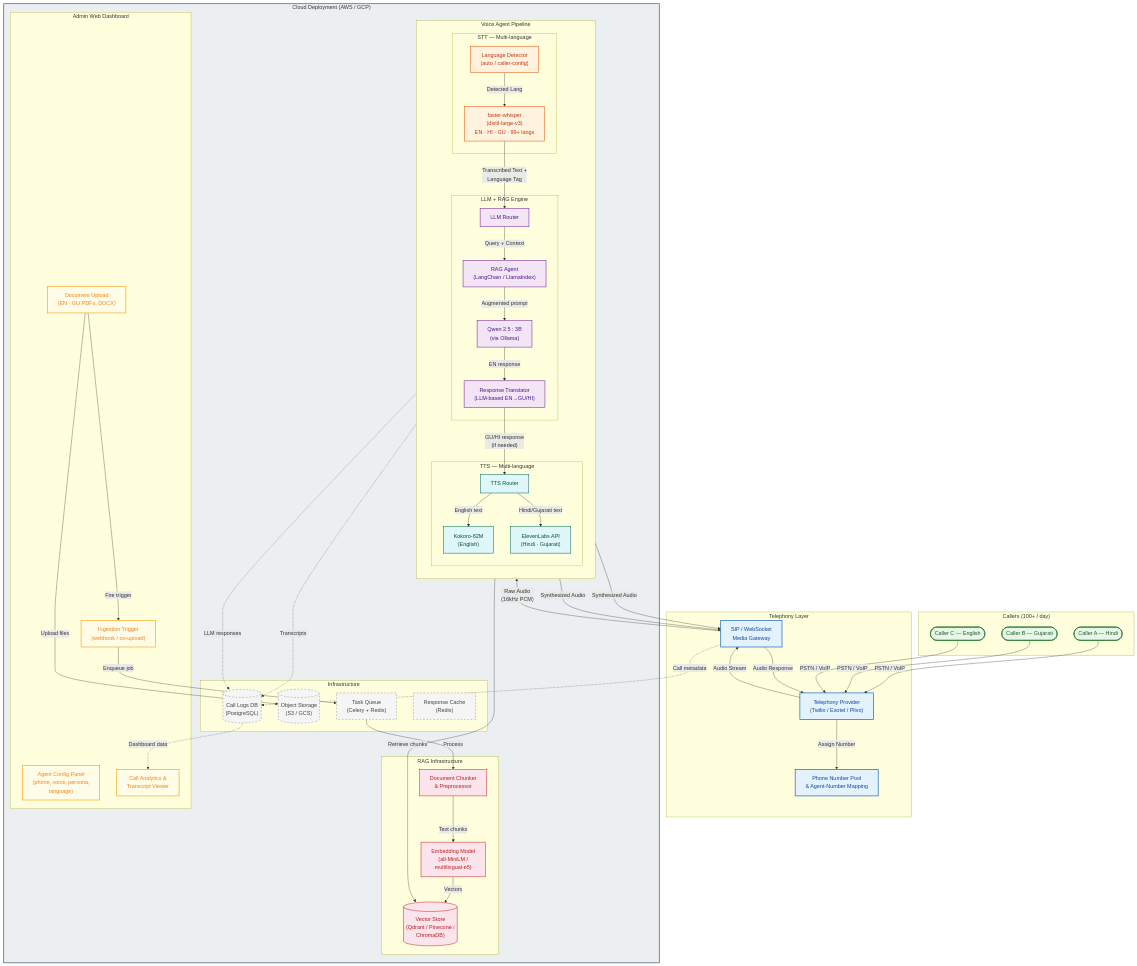
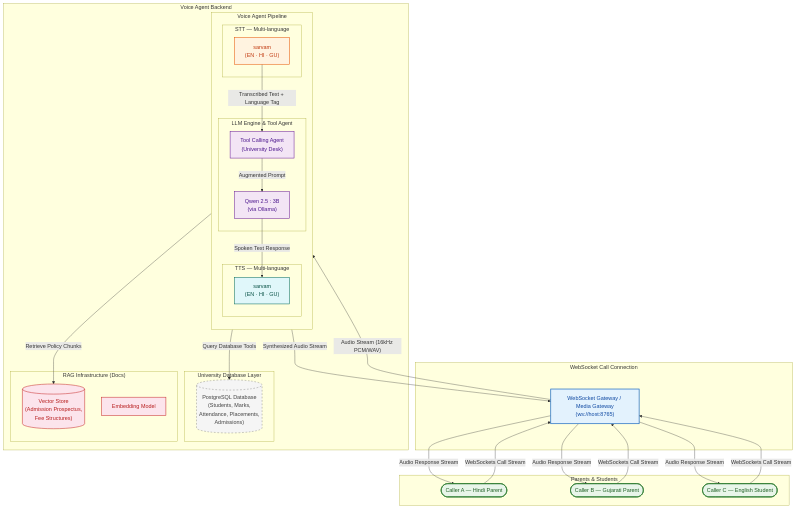
The first of 2 diagrams in project.mermaid (Shiv-61/Voice-Agent), drawn with Mermaid before and after one commit. The commit also changed other lines of this file and 13 other files, not shown here.

````diff
--- a/project.mermaid
+++ b/project.mermaid
@@ -14,107 +14,64 @@
     classDef tts fill:#e0f7fa,stroke:#00695c,stroke-width:1.5px,color:#004d40
     classDef storage fill:#f5f5f5,stroke:#616161,stroke-dasharray:5 5,color:#424242
     classDef web fill:#fffde7,stroke:#f9a825,stroke-width:2px,color:#f57f17
-    classDef cloud fill:#eceff1,stroke:#455a64,stroke-width:2px,color:#263238
-    classDef queue fill:#fbe9e7,stroke:#d84315,stroke-width:1.5px,color:#bf360c
 
-    subgraph Callers ["Callers (100+ / day)"]
-        Caller1([Caller A — Hindi])
-        Caller2([Caller B — Gujarati])
-        Caller3([Caller C — English])
+    subgraph Callers ["Parents & Students"]
+        Caller1([Caller A — Hindi Parent])
+        Caller2([Caller B — Gujarati Parent])
+        Caller3([Caller C — English Student])
     end
     class Caller1,Caller2,Caller3 telephony
 
-    subgraph Telephony ["Telephony Layer"]
-        Provider["Telephony Provider\n(Twilio / Exotel / Plivo)"]
-        PhonePool["Phone Number Pool\n& Agent-Number Mapping"]
-        SIPGateway["SIP / WebSocket\nMedia Gateway"]
+    subgraph Telephony ["WebSocket Call Connection"]
+        WSGateway["WebSocket Gateway / Media Gateway\n(ws://host:8765)"]
     end
-    class Provider,PhonePool,SIPGateway gateway
+    class WSGateway gateway
 
-    subgraph Cloud ["Cloud Deployment (AWS / GCP)"]
+    subgraph Cloud ["Voice Agent Backend"]
 
         subgraph Pipeline ["Voice Agent Pipeline"]
             direction TB
 
             subgraph STT_Layer ["STT — Multi-language"]
-                LangDetect["Language Detector\n(auto / caller-config)"]
-                WhisperLarge["faster-whisper\n(distil-large-v3)\nEN · HI · GU · 99+ langs"]
+                SarvamSTT["sarvam\n(EN · HI · GU)"]
             end
-            class LangDetect,WhisperLarge stt
+            class SarvamSTT stt
 
-            subgraph LLM_Layer ["LLM + RAG Engine"]
-                LLMRouter["LLM Router"]
+            subgraph LLM_Layer ["LLM Engine & Tool Agent"]
                 Qwen["Qwen 2.5 : 3B\n(via Ollama)"]
-                RAGAgent["RAG Agent\n(LangChain / LlamaIndex)"]
-                TransLayer["Response Translator\n(LLM-based EN→GU/HI)"]
+                ToolAgent["Tool Calling Agent\n(University Desk)"]
             end
-            class LLMRouter,Qwen,RAGAgent,TransLayer llm
+            class Qwen,ToolAgent llm
 
             subgraph TTS_Layer ["TTS — Multi-language"]
-                TTSRouter["TTS Router"]
-                Kokoro["Kokoro-82M\n(English)"]
-                ElevenLabs["ElevenLabs API\n(Hindi · Gujarati)"]
+                SarvamTTS["sarvam\n(EN · HI · GU)"]
             end
-            class TTSRouter,Kokoro,ElevenLabs tts
+            class SarvamTTS tts
         end
 
-        subgraph RAG_Infra ["RAG Infrastructure"]
-            VectorDB[("Vector Store\n(Qdrant / Pinecone /\nChromaDB)")]
-            Embeddings["Embedding Model\n(all-MiniLM /\nmultilingual-e5)"]
-            Chunker["Document Chunker\n& Preprocessor"]
+        subgraph DB_Infra ["University Database Layer"]
+            PostgresDB[("PostgreSQL Database\n(Students, Marks,\nAttendance, Placements,\nAdmissions)")]
         end
-        class VectorDB,Embeddings,Chunker rag
+        class PostgresDB storage
 
-        subgraph WebApp ["Admin Web Dashboard"]
-            DocUpload["Document Upload\n(EN · GU PDFs, DOCX)"]
-            AgentConfig["Agent Config Panel\n(phone, voice, persona,\nlanguage)"]
-            Analytics["Call Analytics &\nTranscript Viewer"]
-            IngestionTrigger["Ingestion Trigger\n(webhook / on-upload)"]
+        subgraph RAG_Infra ["RAG Infrastructure (Docs)"]
+            VectorDB[("Vector Store\n(Admission Prospectus,\nFee Structures)")]
+            Embeddings["Embedding Model"]
         end
-        class DocUpload,AgentConfig,Analytics,IngestionTrigger web
-
-        subgraph Infra ["Infrastructure"]
-            TaskQueue["Task Queue\n(Celery + Redis)"]
-            ObjStore[("Object Storage\n(S3 / GCS)")]
-            CallLogs[("Call Logs DB\n(PostgreSQL)")]
-            Cache["Response Cache\n(Redis)"]
-        end
-        class TaskQueue,ObjStore,CallLogs,Cache storage
+        class VectorDB,Embeddings rag
     end
-    class Cloud cloud
 
     %% ===== Connections =====
 
-    Caller1 & Caller2 & Caller3 -- "PSTN / VoIP" --> Provider
-    Provider -- "Assign Number" --> PhonePool
-    Provider -- "Audio Stream" --> SIPGateway
+    Caller1 & Caller2 & Caller3 -- "WebSockets Call Stream" --> WSGateway
+    WSGateway -- "Audio Stream (16kHz PCM/WAV)" --> SarvamSTT
+    SarvamSTT -- "Transcribed Text + Language Tag" --> ToolAgent
 
-    SIPGateway -- "Raw Audio\n(16kHz PCM)" --> LangDetect
-    LangDetect -- "Detected Lang" --> WhisperLarge
-    WhisperLarge -- "Transcribed Text +\nLanguage Tag" --> LLMRouter
+    ToolAgent -- "Query Database Tools" --> PostgresDB
+    ToolAgent -- "Retrieve Policy Chunks" --> VectorDB
+    ToolAgent -- "Augmented Prompt" --> Qwen
 
-    LLMRouter -- "Query + Context" --> RAGAgent
-    RAGAgent -- "Retrieve chunks" --> VectorDB
-    RAGAgent -- "Augmented prompt" --> Qwen
-    Qwen -- "EN response" --> TransLayer
-    TransLayer -- "GU/HI response\n(if needed)" --> TTSRouter
-
-    TTSRouter -- "English text" --> Kokoro
-    TTSRouter -- "Hindi/Gujarati text" --> ElevenLabs
-    Kokoro & ElevenLabs -- "Synthesized Audio" --> SIPGateway
-    SIPGateway -- "Audio Response" --> Provider
-
-    %% Document Ingestion
-    DocUpload -- "Upload files" --> ObjStore
-    DocUpload -- "Fire trigger" --> IngestionTrigger
-    IngestionTrigger -- "Enqueue job" --> TaskQueue
-    TaskQueue -- "Process" --> Chunker
-    Chunker -- "Text chunks" --> Embeddings
-    Embeddings -- "Vectors" --> VectorDB
-
-    %% Logging & Analytics
-    SIPGateway -. "Call metadata" .-> CallLogs
-    WhisperLarge -. "Transcripts" .-> CallLogs
-    Qwen -. "LLM responses" .-> CallLogs
-    CallLogs -. "Dashboard data" .-> Analytics
+    Qwen -- "Spoken Text Response" --> SarvamTTS
+    SarvamTTS -- "Synthesized Audio Stream" --> WSGateway
+    WSGateway -- "Audio Response Stream" --> Caller1 & Caller2 & Caller3
 ```
````
